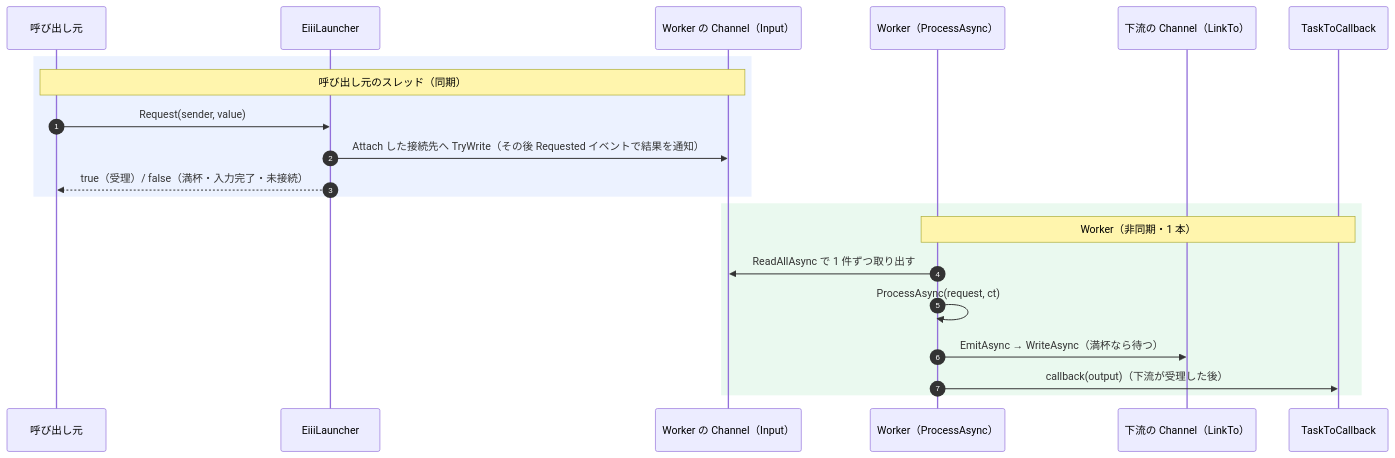
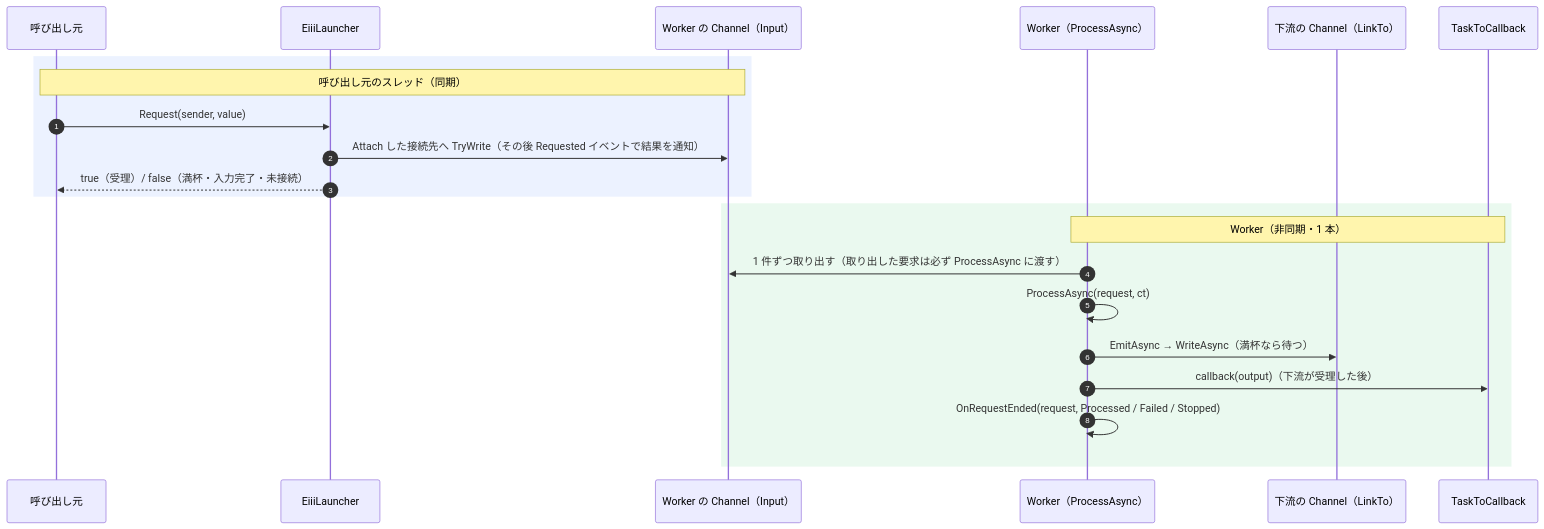
Before and after one commit to shirothin/EventImplementedInduceInterface: the first of 2 diagrams in README.md, drawn with Mermaid. The commit also changed other lines of this file and 2 other files, not shown here.

````diff
--- a/README.md
+++ b/README.md
@@ -58,25 +59,26 @@
 ```mermaid
 sequenceDiagram
     autonumber
     participant C as 呼び出し元
     participant L as EiiiLauncher
     participant Q as Worker の Channel（Input）
     participant W as Worker（ProcessAsync）
     participant D as 下流の Channel（LinkTo）
     participant CB as TaskToCallback
 
     rect rgba(100,150,255,0.12)
     Note over C,Q: 呼び出し元のスレッド（同期）
     C->>L: Request(sender, value)
     L->>Q: Attach した接続先へ TryWrite（その後 Requested イベントで結果を通知）
     L-->>C: true（受理）/ false（満杯・入力完了・未接続）
     end
 
     rect rgba(80,200,120,0.12)
     Note over W,CB: Worker（非同期・1 本）
-    W->>Q: ReadAllAsync で 1 件ずつ取り出す
+    W->>Q: 1 件ずつ取り出す（取り出した要求は必ず ProcessAsync に渡す）
     W->>W: ProcessAsync(request, ct)
     W->>D: EmitAsync → WriteAsync（満杯なら待つ）
     W->>CB: callback(output)（下流が受理した後）
+    W->>W: OnRequestEnded(request, Processed / Failed / Stopped)
     end
 ```
````
